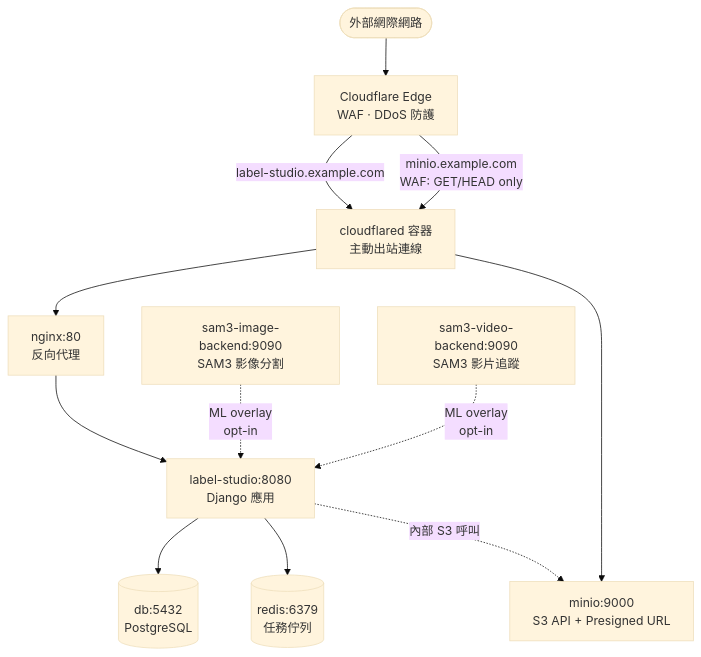
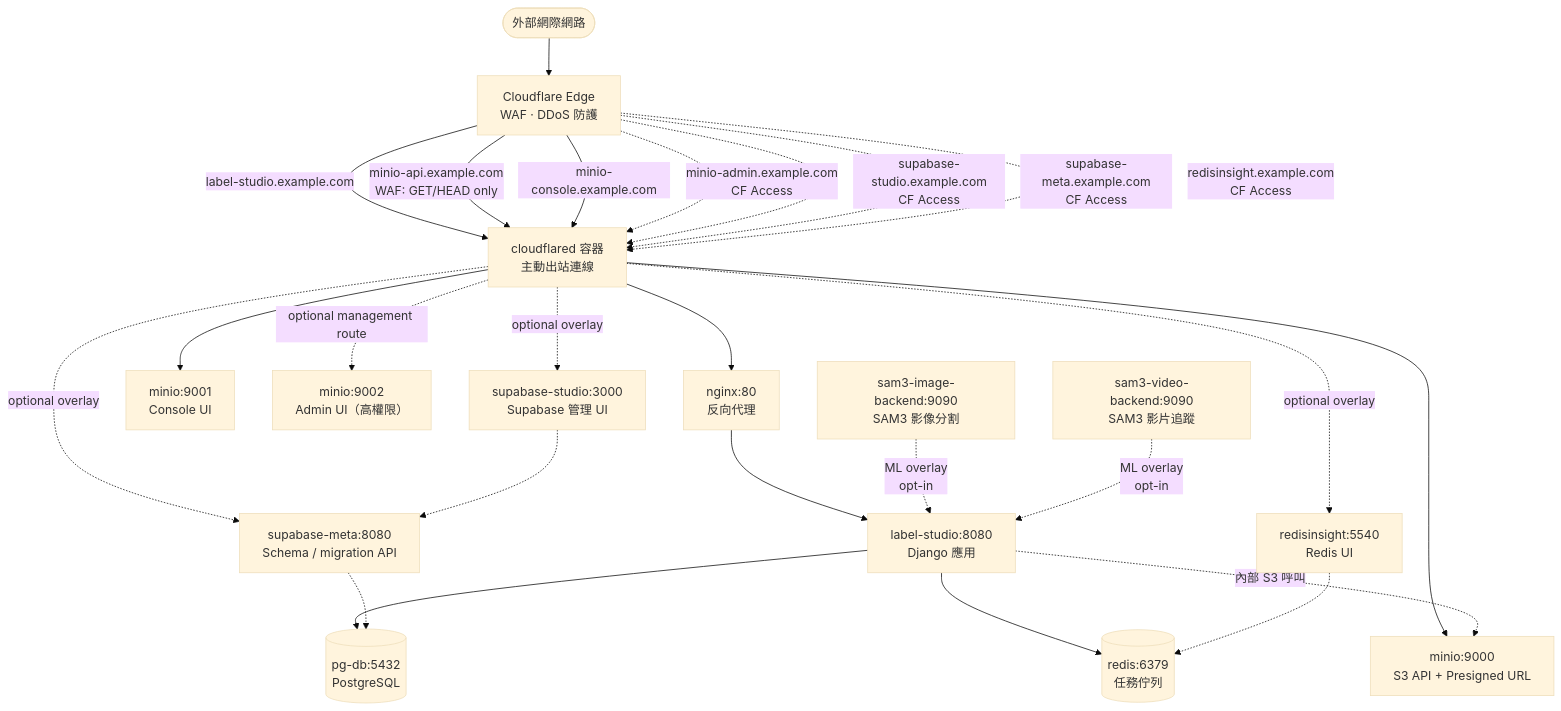
The first of 3 diagrams in docs/architecture.md (felimet/label-studio-compose), drawn with Mermaid (base theme) before and after one commit. The commit also changed other lines of this file and 52 other files, not shown here.

````diff
--- a/docs/architecture.md
+++ b/docs/architecture.md
@@ -13,25 +13,43 @@
 ```mermaid
 graph TD
     Internet([外部網際網路])
     CFEdge[Cloudflare Edge<br/>WAF · DDoS 防護]
     CF[cloudflared 容器<br/>主動出站連線]
     Nginx[nginx:80<br/>反向代理]
     MinioAPI[minio:9000<br/>S3 API + Presigned URL]
+    MinioConsole[minio:9001<br/>Console UI]
+    MinioAdmin[minio:9002<br/>Admin UI（高權限）]
     LS[label-studio:8080<br/>Django 應用]
-    DB[(db:5432<br/>PostgreSQL)]
+    DB[(pg-db:5432<br/>PostgreSQL)]
     Redis[(redis:6379<br/>任務佇列)]
+    SStudio[supabase-studio:3000<br/>Supabase 管理 UI]
+    SMeta[supabase-meta:8080<br/>Schema / migration API]
+    RInsight[redisinsight:5540<br/>Redis UI]
     SAM3I[sam3-image-backend:9090<br/>SAM3 影像分割]
     SAM3V[sam3-video-backend:9090<br/>SAM3 影片追蹤]
 
     Internet --> CFEdge
     CFEdge -- "label-studio.example.com" --> CF
-    CFEdge -- "minio.example.com<br/>WAF: GET/HEAD only" --> CF
+    CFEdge -- "minio-api.example.com<br/>WAF: GET/HEAD only" --> CF
+    CFEdge -- "minio-console.example.com" --> CF
+    CFEdge -. "minio-admin.example.com<br/>CF Access" .-> CF
+    CFEdge -. "supabase-studio.example.com<br/>CF Access" .-> CF
+    CFEdge -. "supabase-meta.example.com<br/>CF Access" .-> CF
+    CFEdge -. "redisinsight.example.com<br/>CF Access" .-> CF
     CF --> Nginx
     CF --> MinioAPI
+    CF --> MinioConsole
+    CF -. "optional management route" .-> MinioAdmin
+    CF -. "optional overlay" .-> SStudio
+    CF -. "optional overlay" .-> SMeta
+    CF -. "optional overlay" .-> RInsight
     Nginx --> LS
     LS --> DB
     LS --> Redis
+    SStudio -.-> SMeta
+    SMeta -.-> DB
+    RInsight -.-> Redis
     LS -. "內部 S3 呼叫" .-> MinioAPI
     SAM3I -. "ML overlay<br/>opt-in" .-> LS
     SAM3V -. "ML overlay<br/>opt-in" .-> LS
 ```
````
